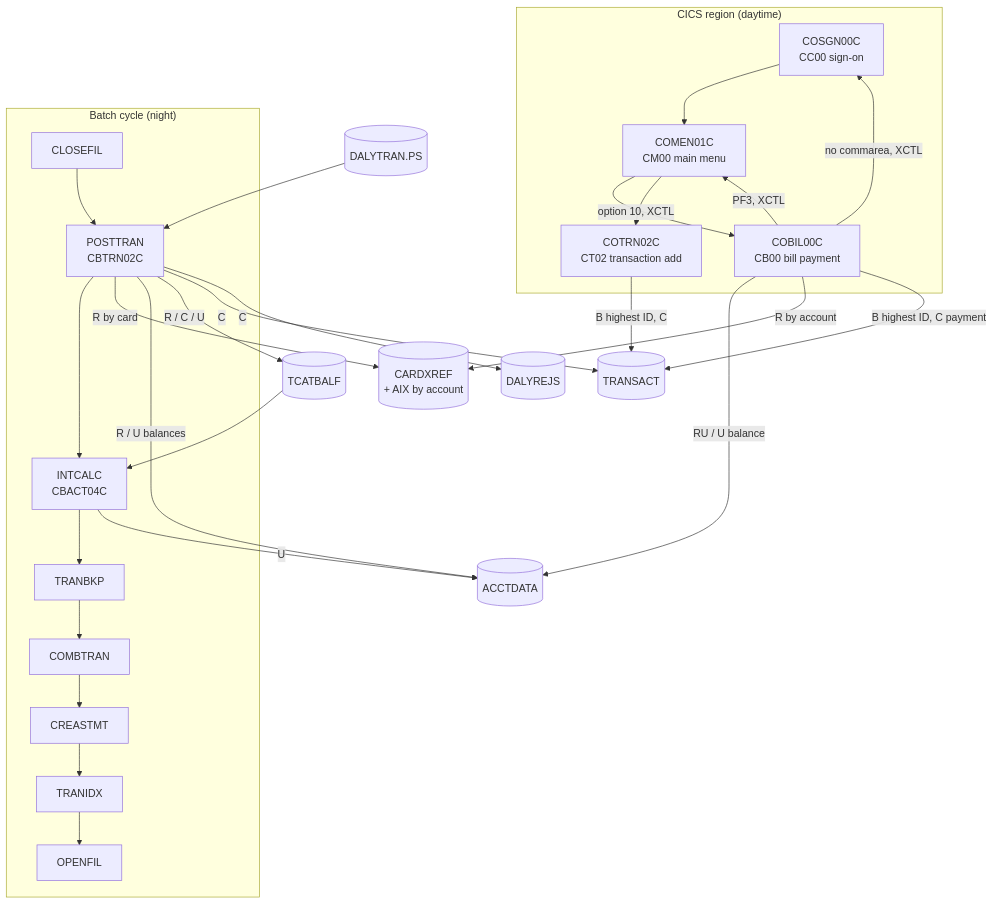
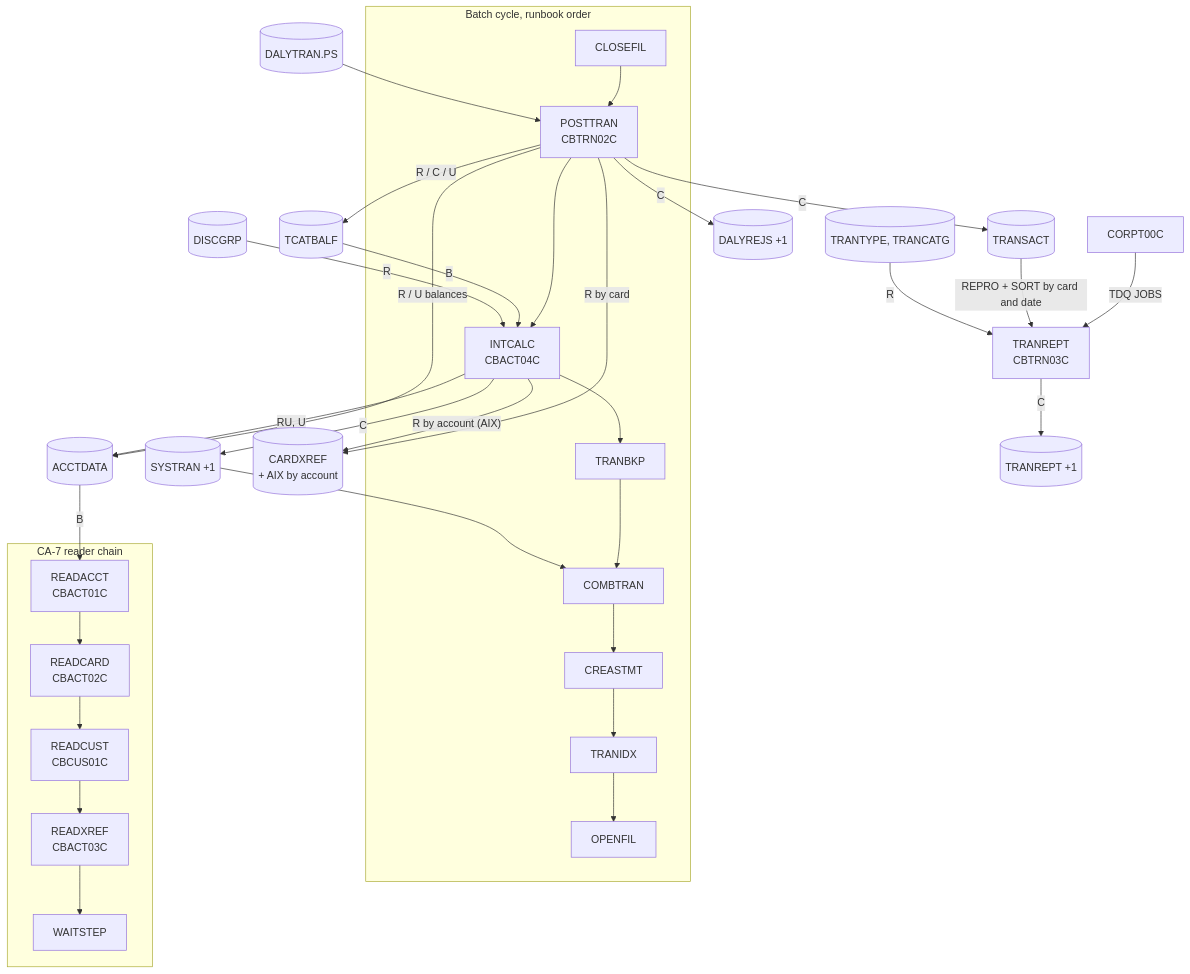
The second of 3 diagrams in docs/modernization/spec/interactions.md (factory-senura-jayatunge/carddemo), drawn with Mermaid before and after one commit. The commit also changed other lines of this file and 2 other files, not shown here.

````diff
--- a/docs/modernization/spec/interactions.md
+++ b/docs/modernization/spec/interactions.md
@@ -7,33 +59,37 @@
 ```mermaid
 flowchart TB
-    subgraph Online["CICS region (daytime)"]
-        SGN[COSGN00C<br/>CC00 sign-on] --> MEN[COMEN01C<br/>CM00 main menu]
-        MEN -- "option 10, XCTL" --> BIL[COBIL00C<br/>CB00 bill payment]
-        BIL -- "PF3, XCTL" --> MEN
-        BIL -- "no commarea, XCTL" --> SGN
-        MEN --> TRA[COTRN02C<br/>CT02 transaction add]
-    end
-    subgraph Batch["Batch cycle (night)"]
+    subgraph Daily["Batch cycle, runbook order"]
         CLO[CLOSEFIL] --> PST[POSTTRAN<br/>CBTRN02C]
         PST --> INT[INTCALC<br/>CBACT04C]
         INT --> BKP[TRANBKP] --> CMB[COMBTRAN] --> STM[CREASTMT] --> IDX[TRANIDX] --> OPN[OPENFIL]
     end
+    subgraph Readers["CA-7 reader chain"]
+        RA[READACCT<br/>CBACT01C] --> RC[READCARD<br/>CBACT02C] --> RU[READCUST<br/>CBCUS01C] --> RX[READXREF<br/>CBACT03C] --> WT[WAITSTEP]
+    end
+    RPT[CORPT00C] -- "TDQ JOBS" --> TR[TRANREPT<br/>CBTRN03C]
     ACCT[(ACCTDATA)]
     XREF[(CARDXREF<br/>+ AIX by account)]
     TRAN[(TRANSACT)]
     TCB[(TCATBALF)]
     DLY[(DALYTRAN.PS)]
-    REJ[(DALYREJS)]
-    BIL -- "RU / U balance" --> ACCT
-    BIL -- "R by account" --> XREF
-    BIL -- "B highest ID, C payment" --> TRAN
-    TRA -- "B highest ID, C" --> TRAN
+    REJ[(DALYREJS +1)]
+    DSG[(DISCGRP)]
+    SYS[(SYSTRAN +1)]
+    REP[(TRANREPT +1)]
+    REF[(TRANTYPE, TRANCATG)]
     DLY --> PST
     PST -- "R by card" --> XREF
     PST -- "R / U balances" --> ACCT
     PST -- "R / C / U" --> TCB
     PST -- "C" --> TRAN
     PST -- "C" --> REJ
-    TCB --> INT
-    INT -- "U" --> ACCT
+    TCB -- B --> INT
+    DSG -- R --> INT
+    INT -- "R by account (AIX)" --> XREF
+    INT -- "RU, U" --> ACCT
+    INT -- "C" --> SYS --> CMB
+    TRAN -- "REPRO + SORT by card and date" --> TR
+    REF -- R --> TR
+    TR -- "C" --> REP
+    ACCT -- B --> RA
 ```
````
